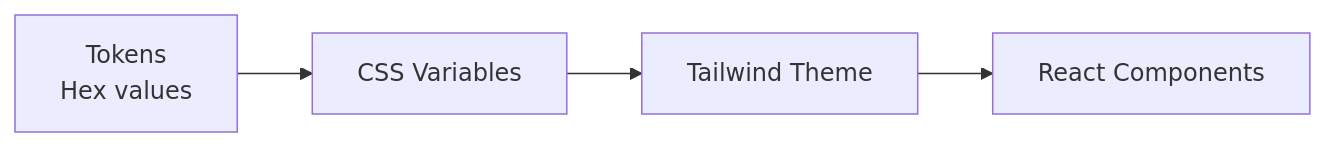
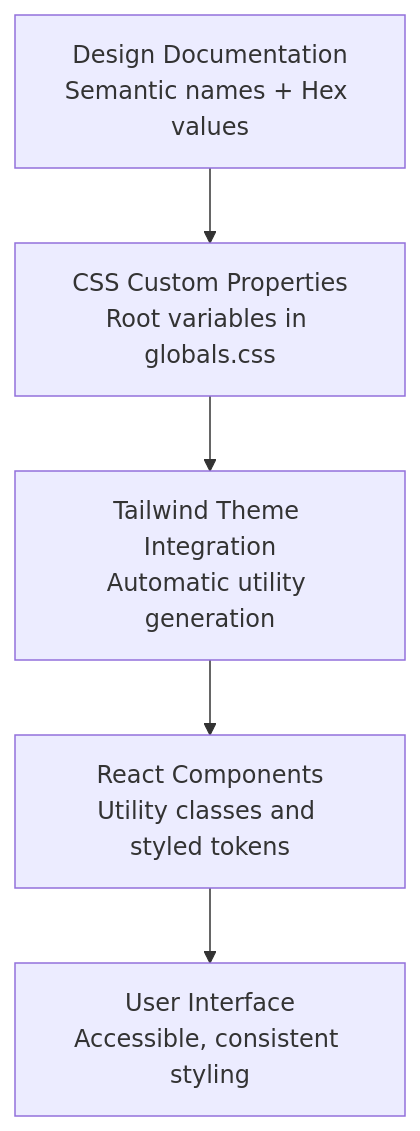
One commit to quangkiet1/anh-xin-loi changed the second of 2 diagrams in .qoder/repowiki/en/content/Design System Reference/Color Palette & Tokens.md. Above: the diagram before and after it, drawn with Mermaid. The commit also changed other lines of this file and 13 other files, not shown here.

````diff
--- a/.qoder/repowiki/en/content/Design System Reference/Color Palette & Tokens.md
+++ b/.qoder/repowiki/en/content/Design System Reference/Color Palette & Tokens.md
@@ -189,6 +87,7 @@
 ```mermaid
-graph LR
-T["Tokens<br/>Hex values"] --> V["CSS Variables"]
-V --> TW["Tailwind Theme"]
-TW --> RC["React Components"]
+flowchart TD
+A["Design Documentation<br/>Semantic names + Hex values"] --> B["CSS Custom Properties<br/>Root variables in globals.css"]
+B --> C["Tailwind Theme Integration<br/>Automatic utility generation"]
+C --> D["React Components<br/>Utility classes and styled tokens"]
+D --> E["User Interface<br/>Accessible, consistent styling"]
 ```
````
